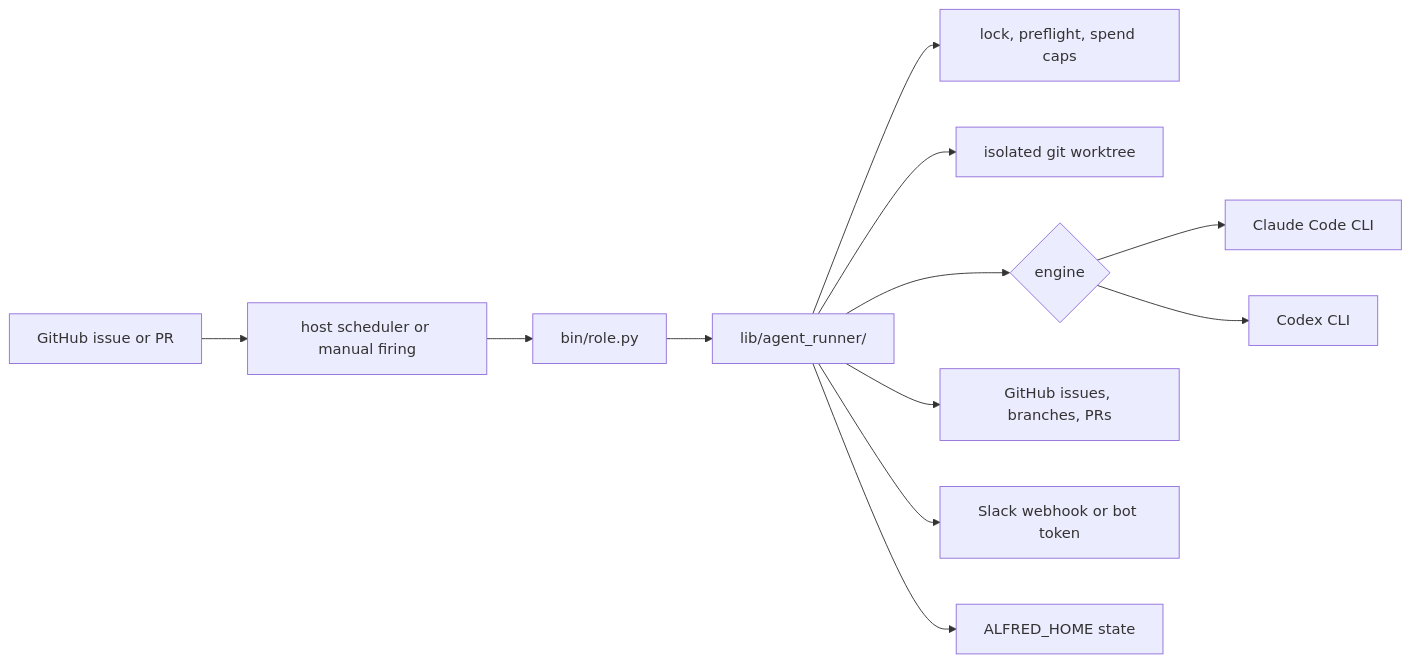
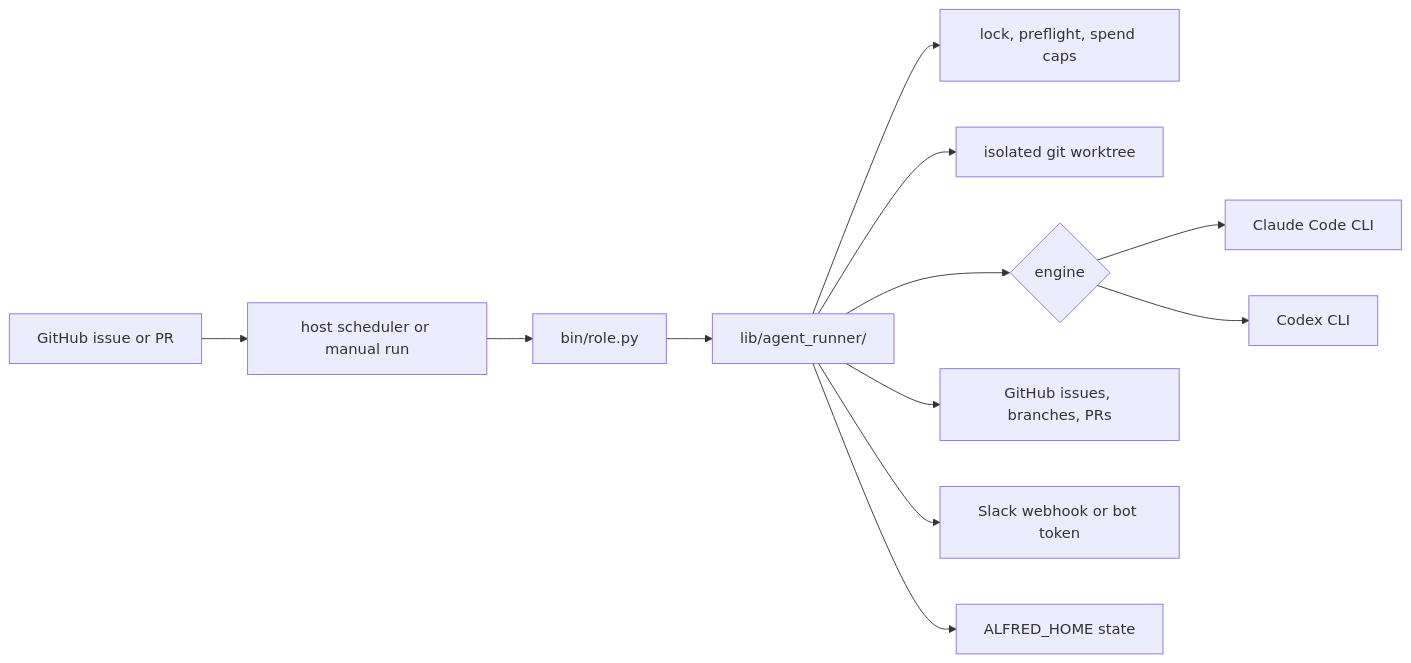
Before and after one commit to luminik-io/alfred: the second of 2 diagrams in README.md, drawn with Mermaid. The commit also changed other lines of this file and 5 other files, not shown here.

````diff
--- a/README.md
+++ b/README.md
@@ -411,14 +326,14 @@
 ```mermaid
 flowchart LR
-    issue["GitHub issue or PR"] --> schedule["host scheduler or manual firing"]
+    issue["GitHub issue or PR"] --> schedule["host scheduler or manual run"]
     schedule --> runner["bin/role.py"]
     runner --> shared["lib/agent_runner/"]
     shared --> lock["lock, preflight, spend caps"]
     shared --> worktree["isolated git worktree"]
     shared --> engine{"engine"}
     engine --> claude["Claude Code CLI"]
     engine --> codex["Codex CLI"]
     shared --> github["GitHub issues, branches, PRs"]
     shared --> slack["Slack webhook or bot token"]
     shared --> state["ALFRED_HOME state"]
 ```
````
